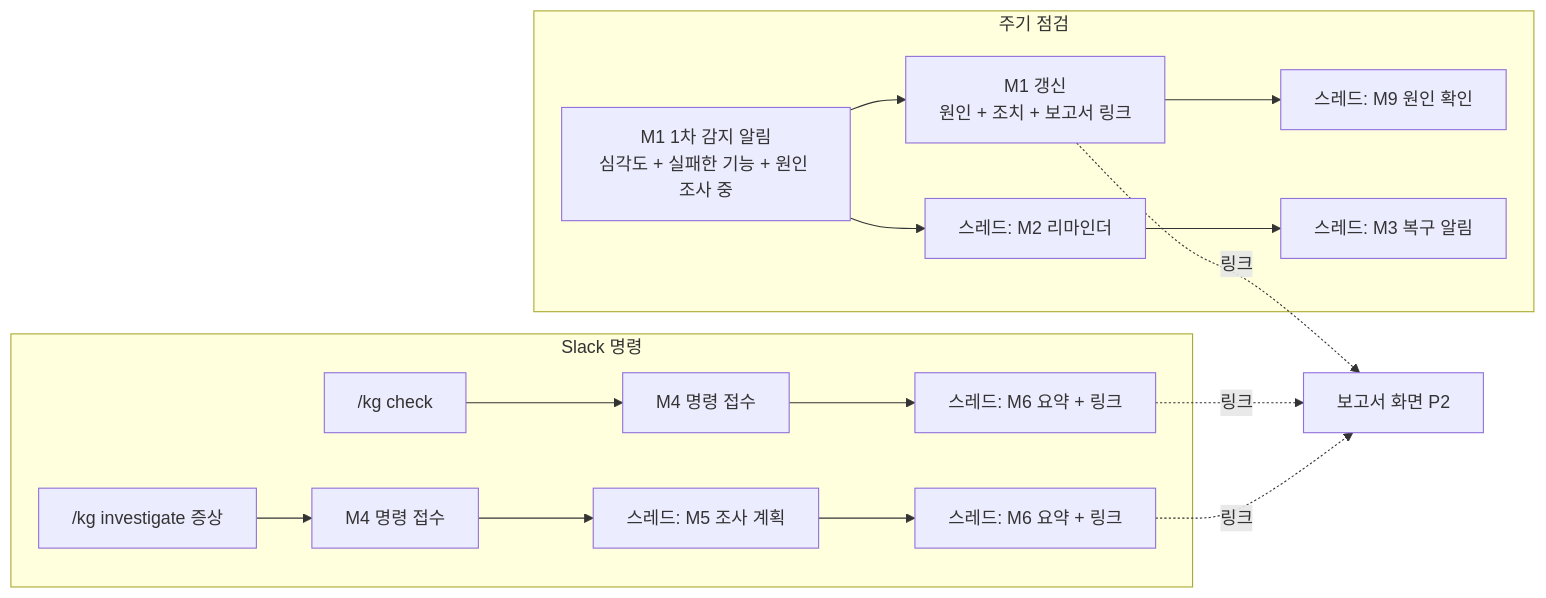
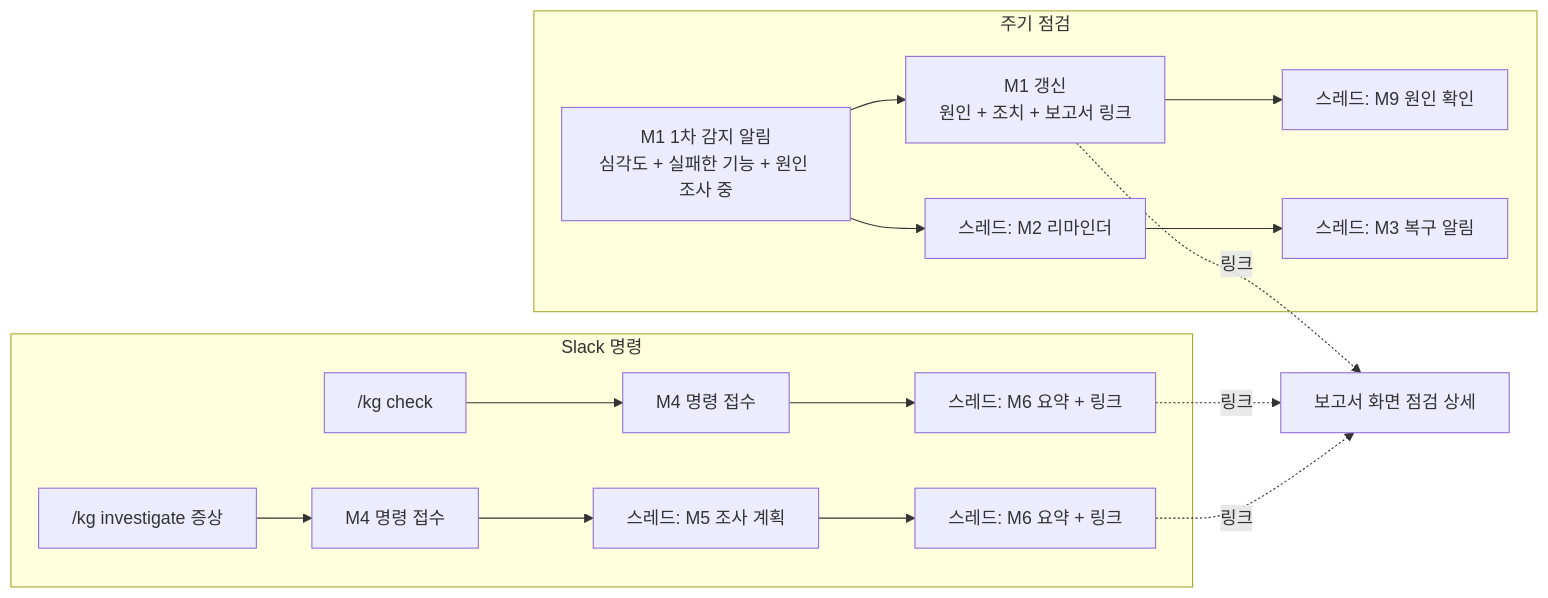
The diagram in docs/04-ui-spec.md (skax-jihyeryu/KubeGuardian), drawn with Mermaid before and after one commit. The commit also changed other lines of this file, not shown here.

First line of the commit message:
docs(spec): 보고서 화면 구조(레이아웃·페이지·흐름·상태 어휘) 개정

````diff
--- a/docs/04-ui-spec.md
+++ b/docs/04-ui-spec.md
@@ -56,16 +68,16 @@
 ```mermaid
 flowchart LR
     subgraph 주기 점검
         A0[M1 1차 감지 알림<br/>심각도 + 실패한 기능 + 원인 조사 중] --> A[M1 갱신<br/>원인 + 조치 + 보고서 링크]
         A --> A2[스레드: M9 원인 확인]
         A0 --> A1[스레드: M2 리마인더]
         A1 --> A3[스레드: M3 복구 알림]
     end
     subgraph Slack 명령
         C1["/kg check"] --> B[M4 명령 접수] --> B2[스레드: M6 요약 + 링크]
         C2["/kg investigate 증상"] --> D[M4 명령 접수] --> D2[스레드: M5 조사 계획] --> D3[스레드: M6 요약 + 링크]
     end
-    A -. 링크 .-> R[보고서 화면 P2]
+    A -. 링크 .-> R[보고서 화면 점검 상세]
     B2 -. 링크 .-> R
     D3 -. 링크 .-> R
 ```
````
